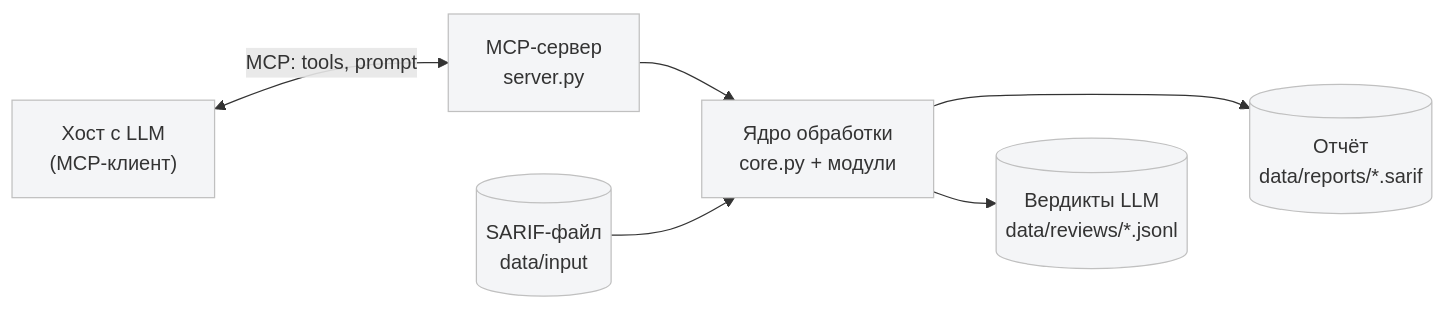
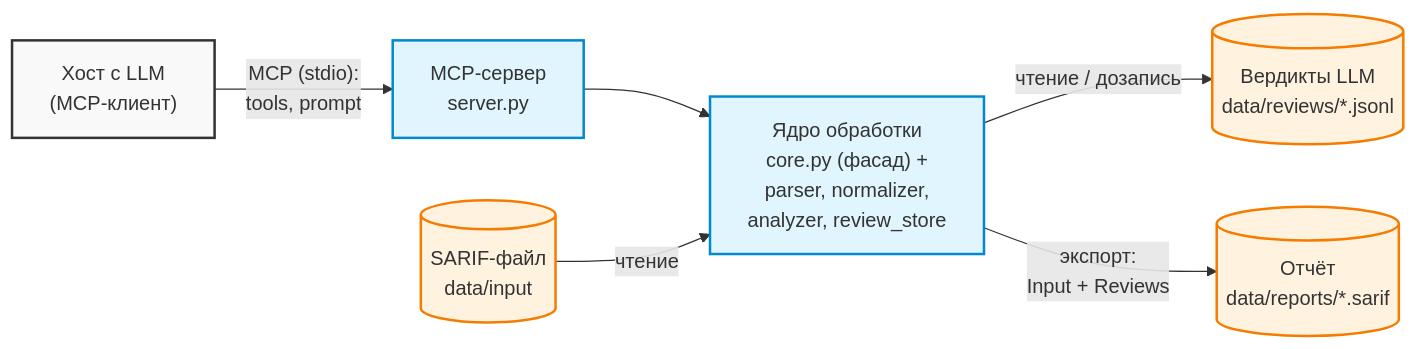
One commit to Otto-7/mcp changed the diagram in docs/architecture.md. Above: the diagram before and after it, drawn with Mermaid.

Commit message:
Refactor architecture diagram with new styles and nodes

````diff
--- a/docs/architecture.md
+++ b/docs/architecture.md
@@ -52,22 +52,23 @@
 ```mermaid
-flowchart LR
-    classDef default fill:#f4f5f7,stroke:#c0c0c0,stroke-width:1px,color:#333;
-    classDef db fill:#f4f5f7,stroke:#c0c0c0,stroke-width:1px,color:#333;
+graph LR
+    %% Стили
+    classDef host fill:#f9f9f9,stroke:#333,stroke-width:2px;
+    classDef app fill:#e1f5fe,stroke:#0288d1,stroke-width:2px;
+    classDef db fill:#fff3e0,stroke:#f57c00,stroke-width:2px;
 
-    Host["Хост с LLM<br/>(MCP-клиент)"]
-    Server["MCP-сервер<br/>server.py"]
-    Core["Ядро обработки<br/>core.py + модули"]
+    %% Узлы
+    Host["Хост с LLM<br/>(MCP-клиент)"]:::host
+    Server["MCP-сервер<br/>server.py"]:::app
+    Core["Ядро обработки<br/>core.py (фасад) +<br/>parser, normalizer,<br/>analyzer, review_store"]:::app
     
-    Input[("SARIF-файл<br/>data/input")]:::db
-    Reviews[("Вердикты LLM<br/>data/reviews/*.jsonl")]:::db
+    SARIF[("SARIF-файл<br/>data/input")]:::db
+    Verdicts[("Вердикты LLM<br/>data/reviews/*.jsonl")]:::db
     Report[("Отчёт<br/>data/reports/*.sarif")]:::db
 
-    Host <-->|"MCP: tools, prompt"| Server
+    %% Связи
+    Host -- "MCP (stdio):<br/>tools, prompt" --> Server
     Server --> Core
-    Input --> Core
-    Core --> Reviews
-    Core --> Report
-
-    Host ~~~ Input
-    Reviews ~~~ Report
+    SARIF -- "чтение" --> Core
+    Core -- "чтение / дозапись" --> Verdicts
+    Core -- "экспорт:<br/>Input + Reviews" --> Report
 ```
````
